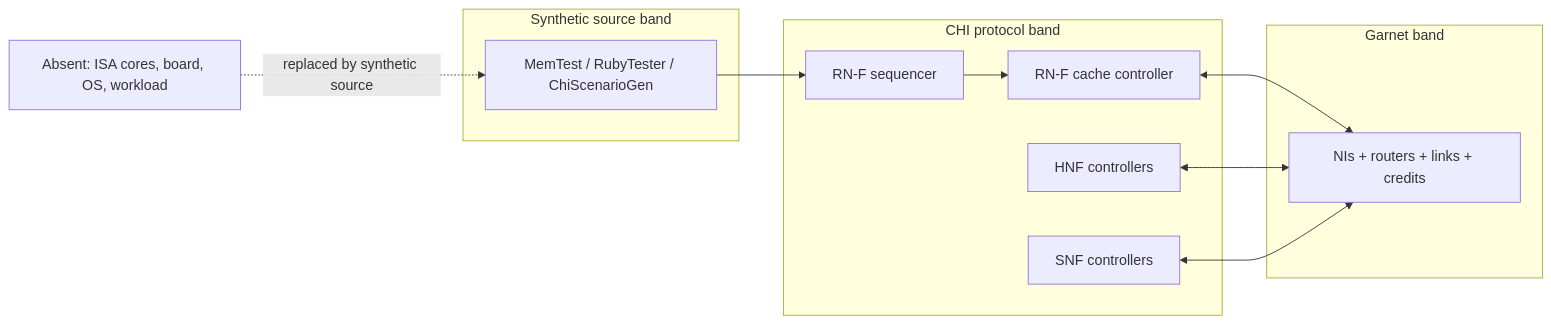
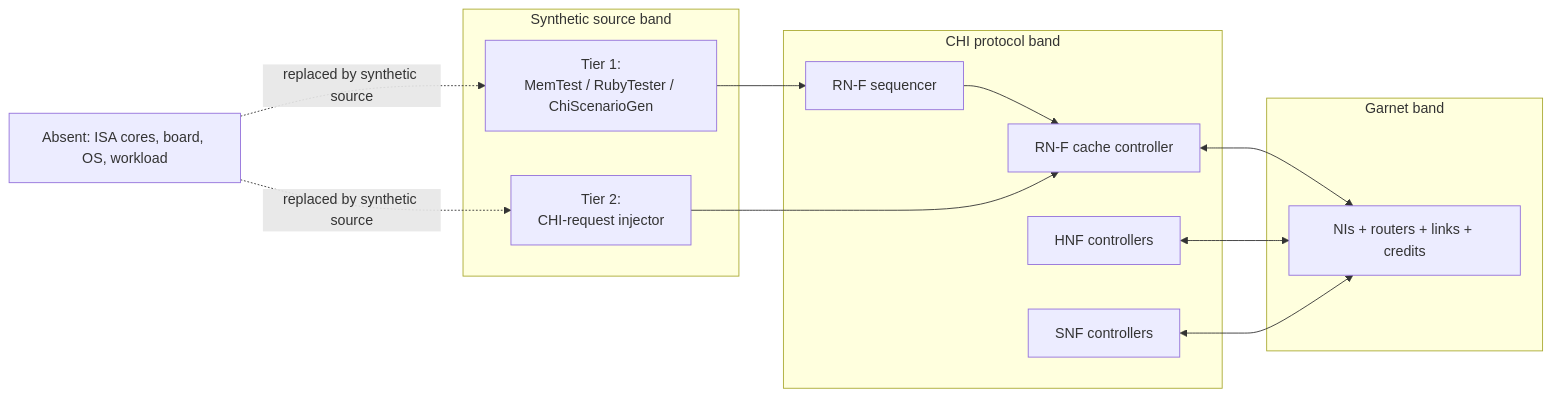
Before and after one commit to ripopov/gem5: the first of 6 diagrams in ruby-book/extra/CHIGarnetStandaloneChapterOutline.md, drawn with Mermaid. The commit also changed other lines of this file, not shown here.

Commit message:
misc: Add Tier 2 injection to CHI Garnet chapter outline

````diff
--- a/ruby-book/extra/CHIGarnetStandaloneChapterOutline.md
+++ b/ruby-book/extra/CHIGarnetStandaloneChapterOutline.md
@@ -124,25 +129,28 @@
 ```mermaid
 flowchart LR
     subgraph SRC["Synthetic source band"]
-        INJ["MemTest / RubyTester / ChiScenarioGen"]
+        INJ1["Tier 1:<br/>MemTest / RubyTester / ChiScenarioGen"]
+        INJ2["Tier 2:<br/>CHI-request injector"]
     end
 
     subgraph CHI["CHI protocol band"]
         SEQ["RN-F sequencer"]
         RN["RN-F cache controller"]
         HNF["HNF controllers"]
         SNF["SNF controllers"]
     end
 
     subgraph GRT["Garnet band"]
         NOC["NIs + routers + links + credits"]
     end
 
-    INJ --> SEQ --> RN
+    INJ1 --> SEQ --> RN
+    INJ2 --> RN
     RN <--> NOC
     HNF <--> NOC
     SNF <--> NOC
 
     ABS["Absent: ISA cores, board, OS, workload"]
-    ABS -. replaced by synthetic source .-> INJ
+    ABS -. replaced by synthetic source .-> INJ1
+    ABS -. replaced by synthetic source .-> INJ2
 ```
````
